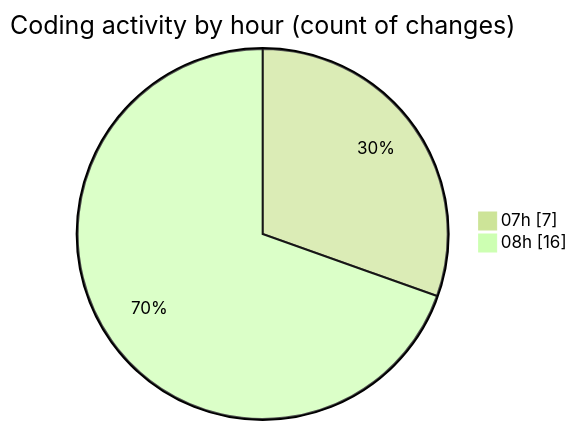
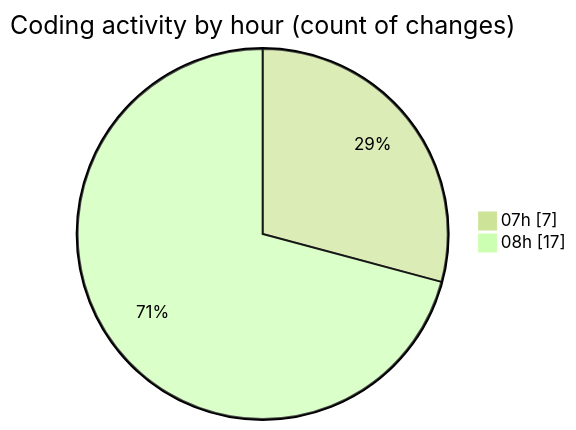
Before and after one commit to Elitesun/code-tracking: the second of 2 diagrams in 2025-05-04/niten/README.md, drawn with Mermaid (forest theme). The commit also changed other lines of this file and 1 other file, not shown here.

````diff
--- a/2025-05-04/niten/README.md
+++ b/2025-05-04/niten/README.md
@@ -37,6 +37,6 @@
 ```mermaid
 pie showData
 title Coding activity by hour (count of changes)
 "07h" : 7
-"08h" : 16
+"08h" : 17
 ```
````
